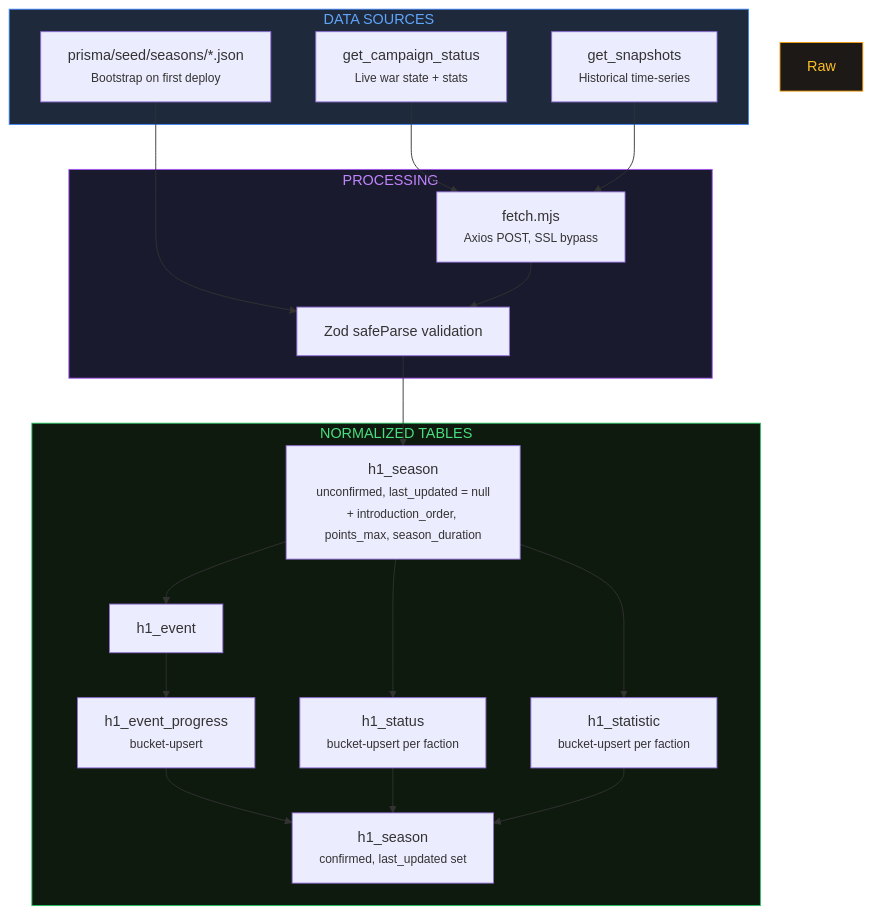
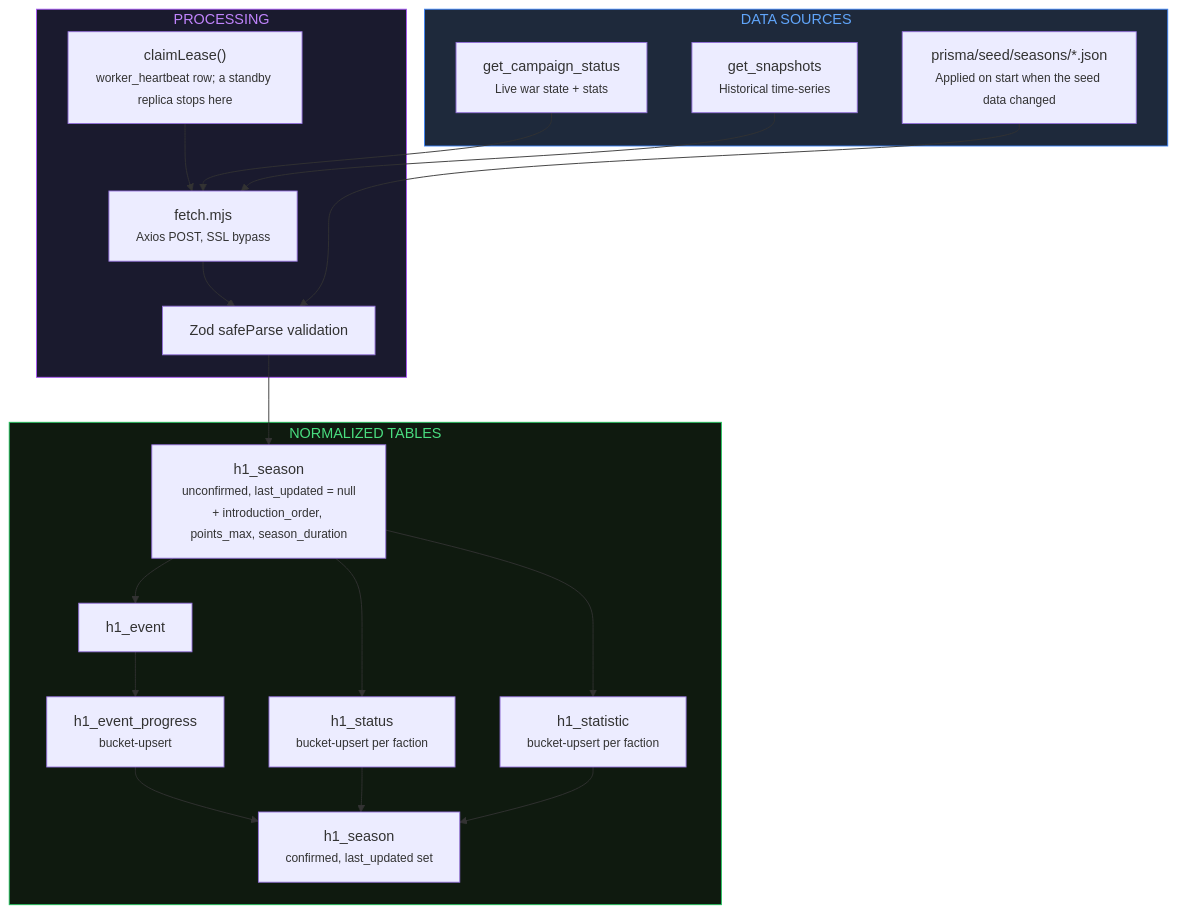
One commit to elfensky/helldivers.bot changed the first of 2 diagrams in src/app/docs/data-flow/page.mdx. Above: the diagram before and after it, drawn with Mermaid. The commit also changed other lines of this file and 1 other file, not shown here.

First line of the commit message:
docs(data-flow): describe the lease-era worker pipeline; add a mermaid fence check (DOCS-02)

````diff
--- a/src/app/docs/data-flow/page.mdx
+++ b/src/app/docs/data-flow/page.mdx
@@ -19,39 +19,40 @@
 ```mermaid
 graph TD
     subgraph Sources["DATA SOURCES"]
         API_STATUS["get_campaign_status<br/><small>Live war state + stats</small>"]
         API_SNAP["get_snapshots<br/><small>Historical time-series</small>"]
-        SEED["prisma/seed/seasons/*.json<br/><small>Bootstrap on first deploy</small>"]
+        SEED["prisma/seed/seasons/*.json<br/><small>Applied on start when the seed data changed</small>"]
     end
 
     subgraph Processing["PROCESSING"]
+        LEASE["claimLease()<br/><small>worker_heartbeat row; a standby replica stops here</small>"]
         FETCH["fetch.mjs<br/><small>Axios POST, SSL bypass</small>"]
         ZOD["Zod safeParse validation"]
     end
 
     subgraph Normalized["NORMALIZED TABLES"]
         SEASON_U["h1_season<br/><small>unconfirmed, last_updated = null<br/>+ introduction_order, points_max, season_duration</small>"]
         EVENT["h1_event"]
         EVENT_PROG["h1_event_progress<br/><small>bucket-upsert</small>"]
         STATUS["h1_status<br/><small>bucket-upsert per faction</small>"]
         STATISTIC["h1_statistic<br/><small>bucket-upsert per faction</small>"]
         SEASON_C["h1_season<br/><small>confirmed, last_updated set</small>"]
     end
 
+    LEASE --> FETCH
     API_STATUS --> FETCH
     API_SNAP --> FETCH
     SEED --> ZOD
     FETCH --> ZOD
     ZOD --> SEASON_U
     SEASON_U --> EVENT --> EVENT_PROG
     SEASON_U --> STATUS
     SEASON_U --> STATISTIC
     EVENT_PROG --> SEASON_C
     STATUS --> SEASON_C
     STATISTIC --> SEASON_C
 
     style Sources fill:#1e293b,stroke:#3b82f6,color:#60a5fa
     style Processing fill:#1a1a2e,stroke:#a855f7,color:#c084fc
-    style Raw fill:#1c1917,stroke:#f59e0b,color:#fbbf24
     style Normalized fill:#0f1a0f,stroke:#22c55e,color:#4ade80
 ```
````
